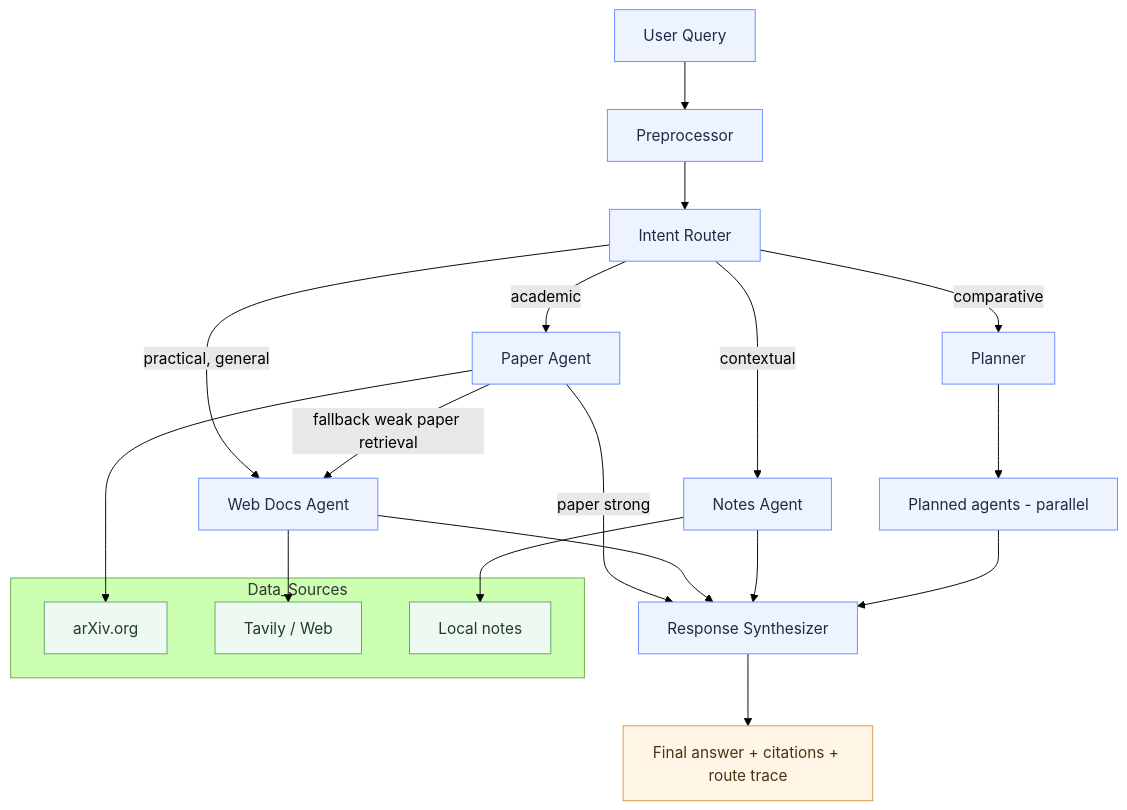
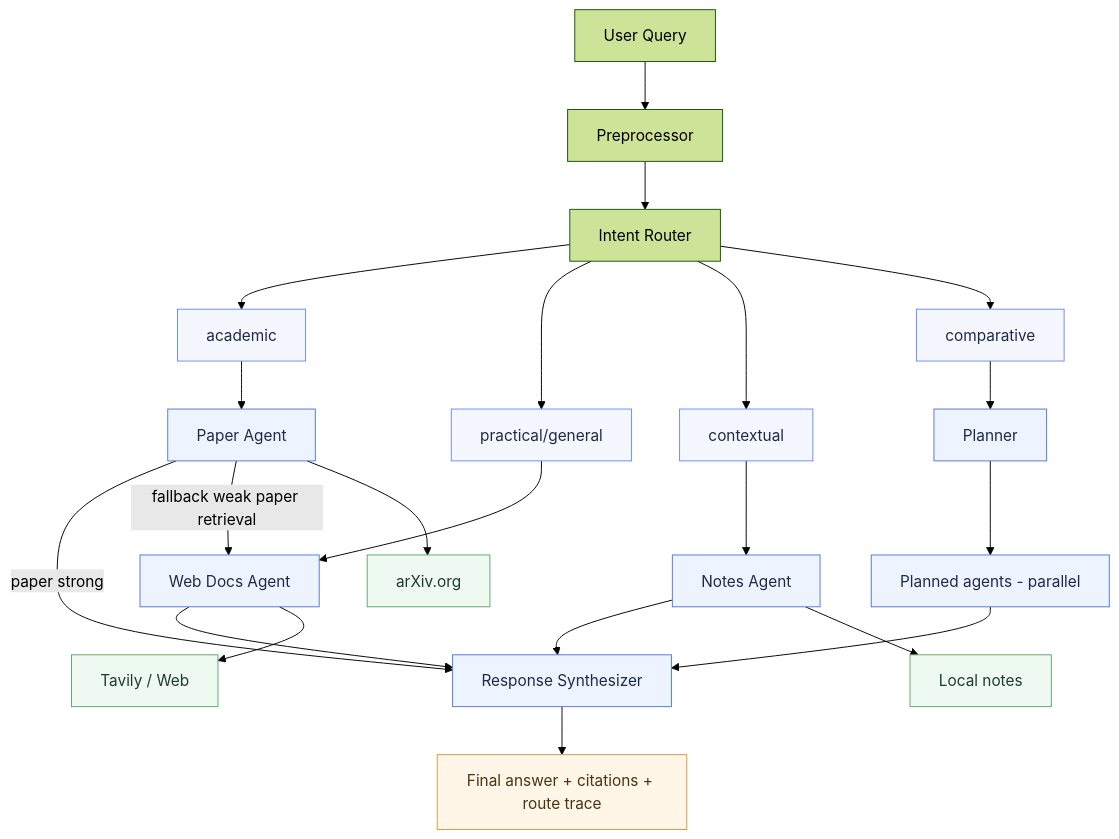
One commit to Artsplendr/AgenticAI-Router-AI-Research-Copilot changed the diagram in README.md. Above: the diagram before and after it, drawn with Mermaid (forest theme).

````diff
--- a/README.md
+++ b/README.md
@@ -46,38 +46,57 @@
 ```mermaid
-flowchart TD
-    A[User Query] --> P[Preprocessor]
-    P --> B[Intent Router]
+flowchart TB
+    A[User Query] --> P[Preprocessor] --> R[Intent Router]
 
-    B -->|academic| C[Paper Agent]
-    B -->|practical, general| D[Web Docs Agent]
-    B -->|contextual| E[Notes Agent]
-    B -->|comparative| PL[Planner]
-    PL --> F[Planned agents - parallel]
+    %% Intent row
+    IA[academic]
+    IP[practical/general]
+    IC[contextual]
+    IV[comparative]
 
-    C -->|paper strong| G[Response Synthesizer]
-    C -->|fallback weak paper retrieval| D
+    R --> IA
+    R --> IP
+    R --> IC
+    R --> IV
 
-    D --> G
-    E --> G
-    F --> G
+    %% Agent row (single-source agents aligned)
+    PA[Paper Agent]
+    WA[Web Docs Agent]
+    NA[Notes Agent]
+    PL[Planner]
+    PP[Planned agents - parallel]
 
-    G --> H[Final answer + citations + route trace]
+    IA --> PA
+    IP --> WA
+    IC --> NA
+    IV --> PL --> PP
 
-    subgraph Data_Sources
-        I[arXiv.org]
-        J[Tavily / Web]
-        K[Local notes]
-    end
+    %% Fallback + synthesis
+    PA -->|paper strong| S[Response Synthesizer]
+    PA -->|fallback weak paper retrieval| WA
+    WA --> S
+    NA --> S
+    PP --> S
 
-    C --> I
-    D --> J
-    E --> K
+    S --> O[Final answer + citations + route trace]
 
-    classDef route fill:#eef4ff,stroke:#6b8cff,stroke-width:1px,color:#1f2a44;
+    %% Data sources
+    AX[arXiv.org]
+    TV[Tavily / Web]
+    LN[Local notes]
+
+    PA --> AX
+    WA --> TV
+    NA --> LN
+
+    %% Styling
+    classDef intent fill:#f5f7ff,stroke:#6b8cff,stroke-width:1px,color:#1f2a44;
+    classDef agent fill:#eef4ff,stroke:#5578d9,stroke-width:1px,color:#1f2a44;
     classDef source fill:#eefaf1,stroke:#5ea86c,stroke-width:1px,color:#1f3b2a;
     classDef output fill:#fff6e8,stroke:#d59b3d,stroke-width:1px,color:#4a3412;
 
-    class A,P,B,PL,F,C,D,E,G route;
-    class I,J,K source;
-    class H output;
+    class IA,IP,IC,IV intent;
+    class PA,WA,NA,PL,PP,S agent;
+    class AX,TV,LN source;
+    class O output;
+
 ```
````
